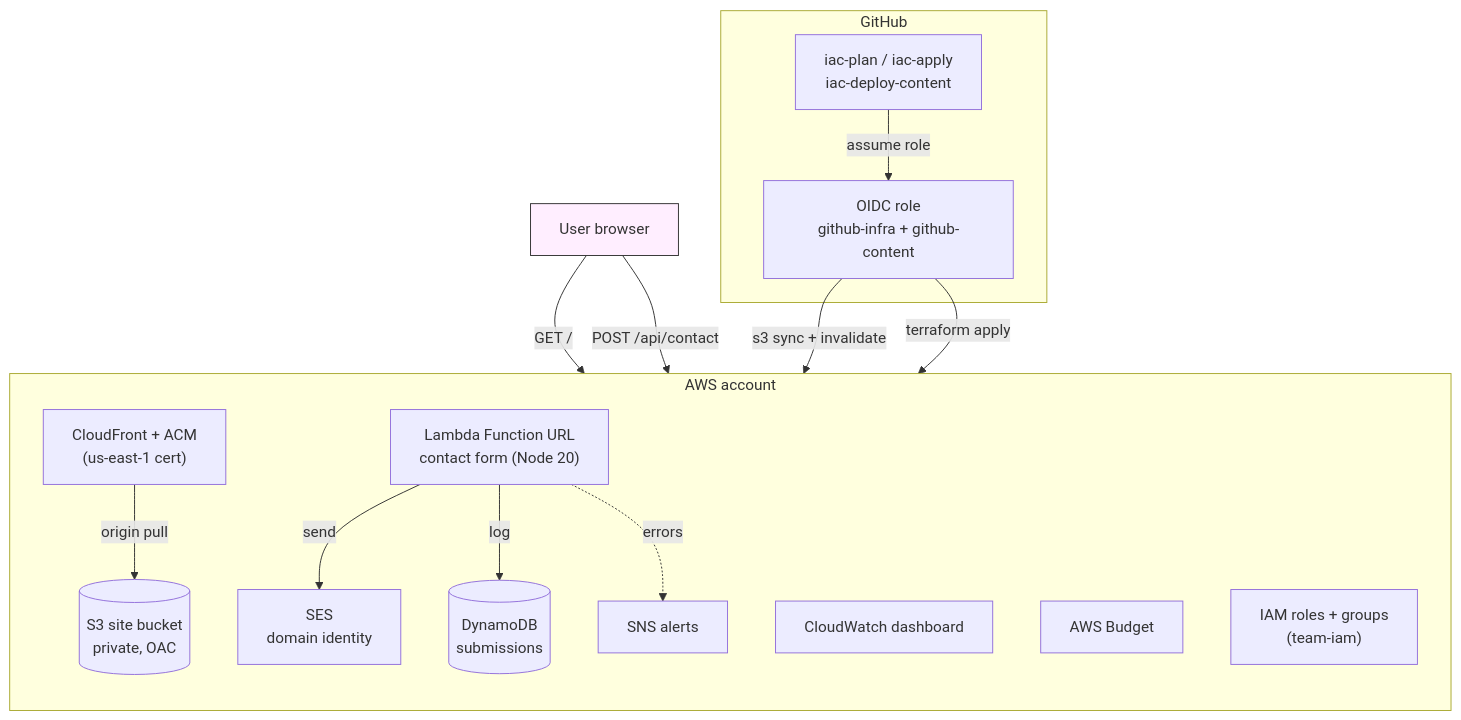
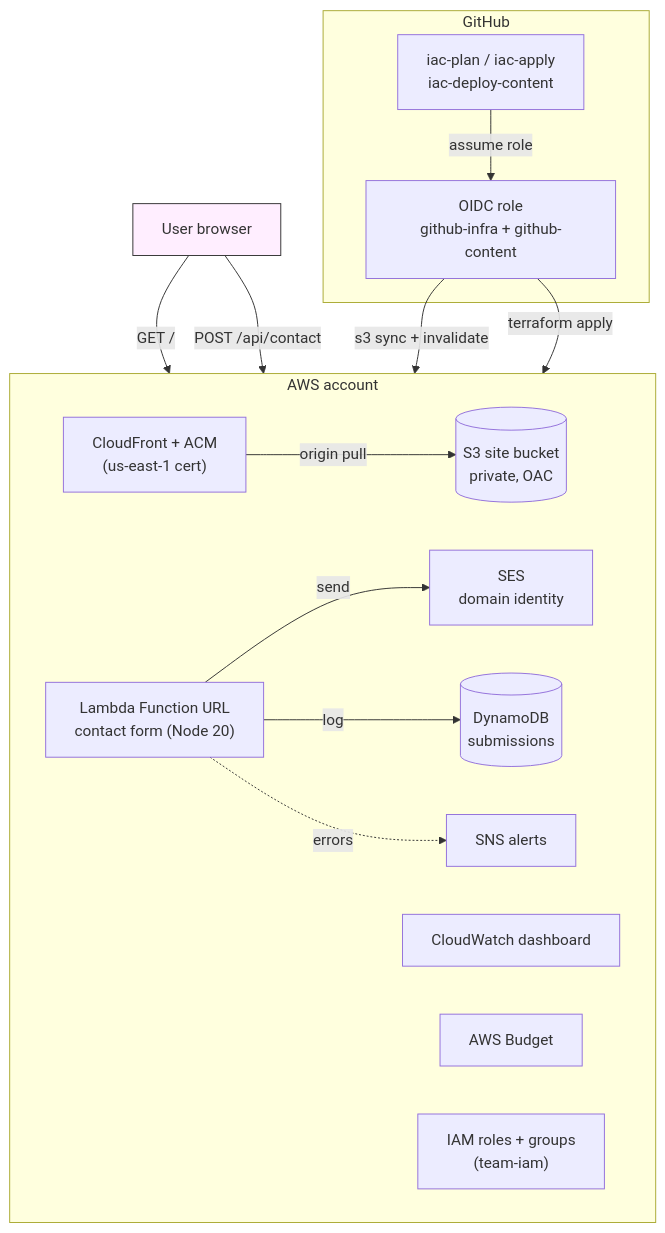
Before and after one commit to harryho/iac-tfm: the diagram in aws-edge/README.md, drawn with Mermaid.

Commit message:
docs(aws-edge): change mermaid subgraph direction to LR

````diff
--- a/aws-edge/README.md
+++ b/aws-edge/README.md
@@ -108,35 +108,35 @@
 ```mermaid
 flowchart TB
     Browser[User browser]:::external
 
     subgraph AWS["AWS account"]
-        direction TB
+        direction LR
         CF["CloudFront + ACM<br/>(us-east-1 cert)"]
         S3[("S3 site bucket<br/>private, OAC")]
         Lambda["Lambda Function URL<br/>contact form (Node 20)"]
         DDB[("DynamoDB<br/>submissions")]
         SES["SES<br/>domain identity"]
         SNS["SNS alerts"]
         Dashboard["CloudWatch dashboard"]
         Budget["AWS Budget"]
         Identity["IAM roles + groups<br/>(team-iam)"]
     end
 
     subgraph GitHub["GitHub"]
         GHA["iac-plan / iac-apply<br/>iac-deploy-content"]
         OIDC["OIDC role<br/>github-infra + github-content"]
     end
 
     Browser -->|"GET /"| CF
     Browser -->|"POST /api/contact"| Lambda
     CF -->|"origin pull"| S3
     Lambda -->|"send"| SES
     Lambda -->|"log"| DDB
     Lambda -.->|"errors"| SNS
 
     GHA -->|"assume role"| OIDC
     OIDC -->|"s3 sync + invalidate"| CF
     OIDC -->|"terraform apply"| AWS
 
     classDef external fill:#fef,stroke:#333,stroke-width:1px
 ```
````
